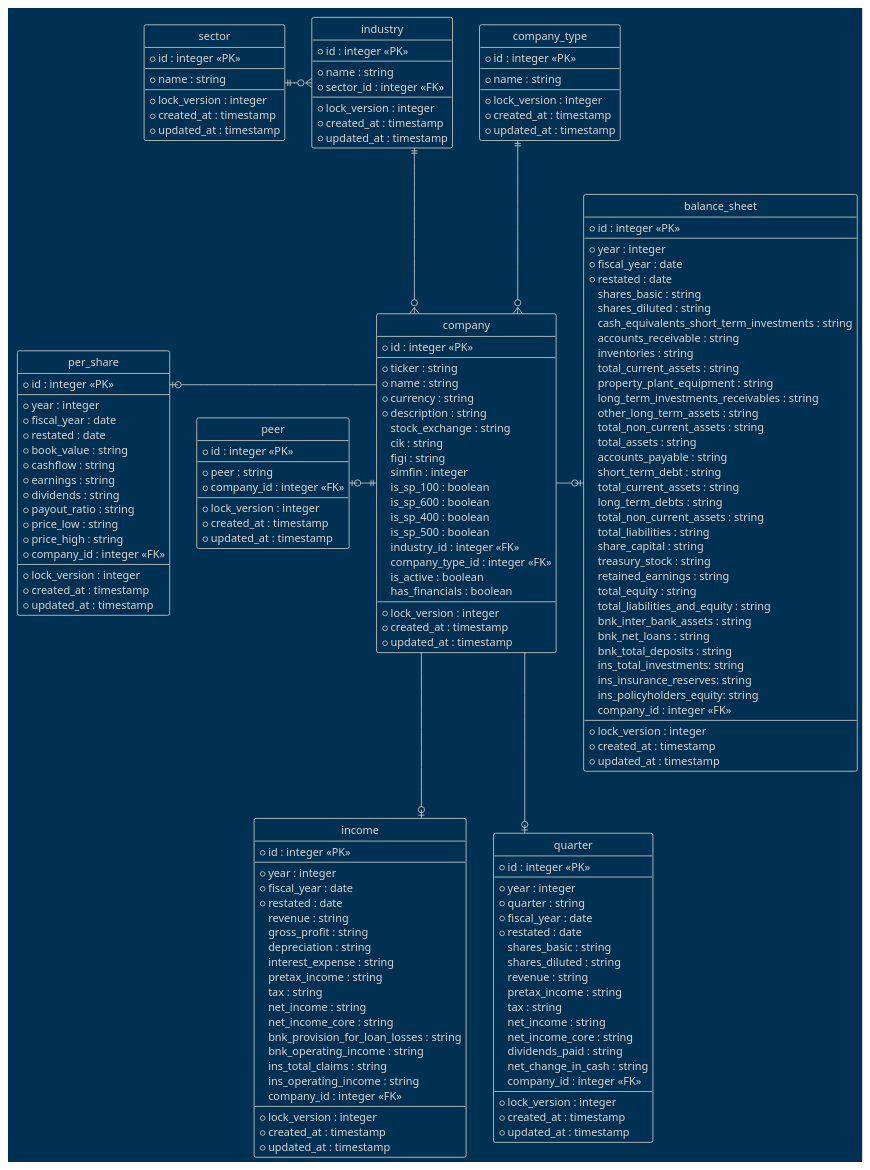
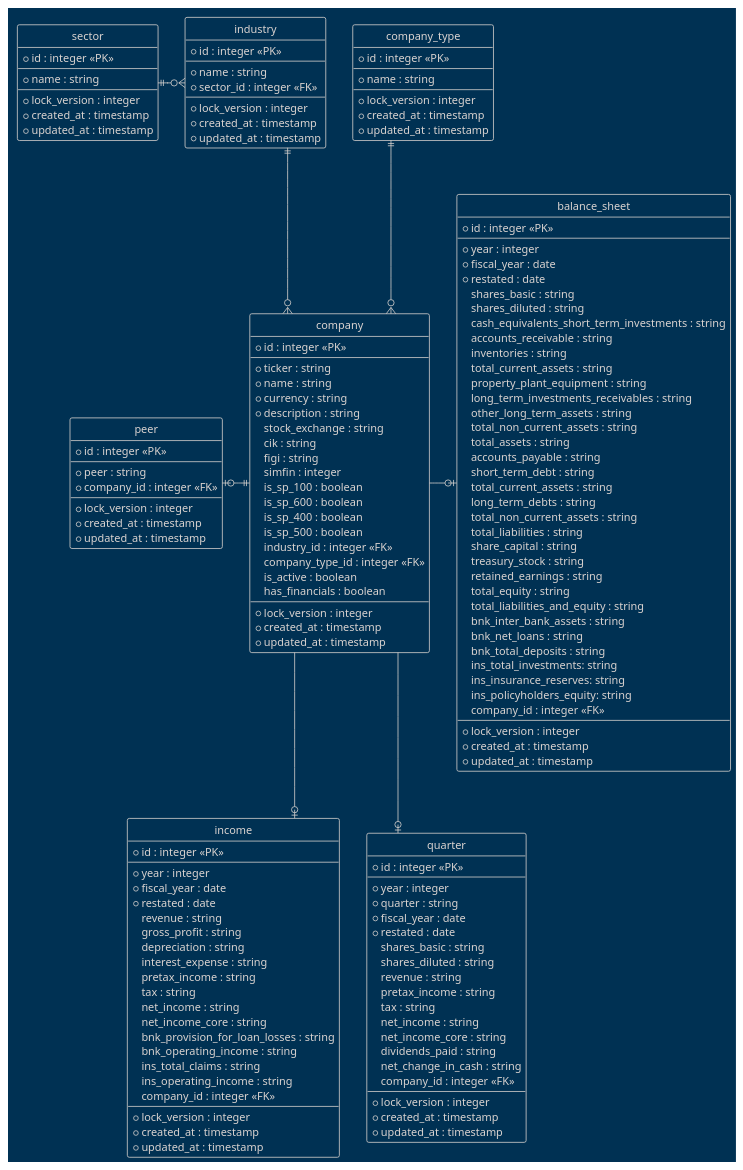
One commit to dooley-ch/stocks changed the diagram in docs/database.puml. Above: the diagram before and after it, drawn with PlantUML. The commit also changed 4 other files, not shown here.

Commit message:
Removed support for per share data

```diff
--- a/docs/database.puml
+++ b/docs/database.puml
@@ -1,191 +1,170 @@
 @startuml
 ' Style
 !theme blueprint
 hide circle
 skinparam linetype ortho
 
 entity sector {
     * id : integer <<PK>>
     ---
     * name : string
     ---
     * lock_version : integer
     * created_at : timestamp
     * updated_at : timestamp
 }
 
 entity industry {
     * id : integer <<PK>>
     ---
     * name : string
     * sector_id : integer <<FK>>
     ---
     * lock_version : integer
     * created_at : timestamp
     * updated_at : timestamp
 }
 
 entity company_type {
     * id : integer <<PK>>
     ---
     * name : string
     ---
     * lock_version : integer
     * created_at : timestamp
     * updated_at : timestamp
 }
 
 entity company {
     * id : integer <<PK>>
     ---
     * ticker : string
     * name : string
     * currency : string
     * description : string
     stock_exchange : string
     cik : string
     figi : string
     simfin : integer
     is_sp_100 : boolean
     is_sp_600 : boolean
     is_sp_400 : boolean
     is_sp_500 : boolean
     industry_id : integer <<FK>>
     company_type_id : integer <<FK>>
     is_active : boolean
     has_financials : boolean
     ---
     * lock_version : integer
     * created_at : timestamp
     * updated_at : timestamp
 }
 
 entity peer {
     * id : integer <<PK>>
     ---
     * peer : string
-    * company_id : integer <<FK>>
-    ---
-    * lock_version : integer
-    * created_at : timestamp
-    * updated_at : timestamp
-}
-
-entity per_share {
-    * id : integer <<PK>>
-    ---
-    * year : integer
-    * fiscal_year : date
-    * restated : date
-    * book_value : string
-    * cashflow : string
-    * earnings : string
-    * dividends : string
-    * payout_ratio : string
-    * price_low : string
-    * price_high : string
     * company_id : integer <<FK>>
     ---
     * lock_version : integer
     * created_at : timestamp
     * updated_at : timestamp
 }
 
 entity income {
     * id : integer <<PK>>
     ---
     * year : integer
     * fiscal_year : date
     * restated : date
     revenue : string
     gross_profit : string
     depreciation : string
     interest_expense : string
     pretax_income : string
     tax : string
     net_income : string
     net_income_core : string
     bnk_provision_for_loan_losses : string
     bnk_operating_income : string
     ins_total_claims : string
     ins_operating_income : string
     company_id : integer <<FK>>
     ---
     * lock_version : integer
     * created_at : timestamp
     * updated_at : timestamp
 }
 
 entity balance_sheet {
     * id : integer <<PK>>
     ---
     * year : integer
     * fiscal_year : date
     * restated : date
     shares_basic : string
     shares_diluted : string
     cash_equivalents_short_term_investments : string
     accounts_receivable : string
     inventories : string
     total_current_assets : string
     property_plant_equipment : string
     long_term_investments_receivables : string
     other_long_term_assets : string
     total_non_current_assets : string
     total_assets : string
     accounts_payable : string
     short_term_debt : string
     total_current_assets : string
     long_term_debts : string
     total_non_current_assets : string
     total_liabilities : string
     share_capital : string
     treasury_stock : string
     retained_earnings : string
     total_equity : string
     total_liabilities_and_equity : string
     bnk_inter_bank_assets : string
     bnk_net_loans : string
     bnk_total_deposits : string
     ins_total_investments: string
     ins_insurance_reserves: string
     ins_policyholders_equity: string
     company_id : integer <<FK>>
     ---
     * lock_version : integer
     * created_at : timestamp
     * updated_at : timestamp
 }
 
 entity quarter {
     * id : integer <<PK>>
     ---
     * year : integer
     * quarter : string
     * fiscal_year : date
     * restated : date
     shares_basic : string
     shares_diluted : string
     revenue : string
     pretax_income : string
     tax : string
     net_income : string
     net_income_core : string
     dividends_paid : string
     net_change_in_cash : string
     company_id : integer <<FK>>
     ---
     * lock_version : integer
     * created_at : timestamp
     * updated_at : timestamp
 }
 
 sector ||-right-o{ industry
 industry ||--o{ company
 company_type ||--o{ company
 company ||-left-o| peer
-company -left-o| per_share
 company --o| income
 company -right-o| balance_sheet
 company --o| quarter
 @enduml
```
